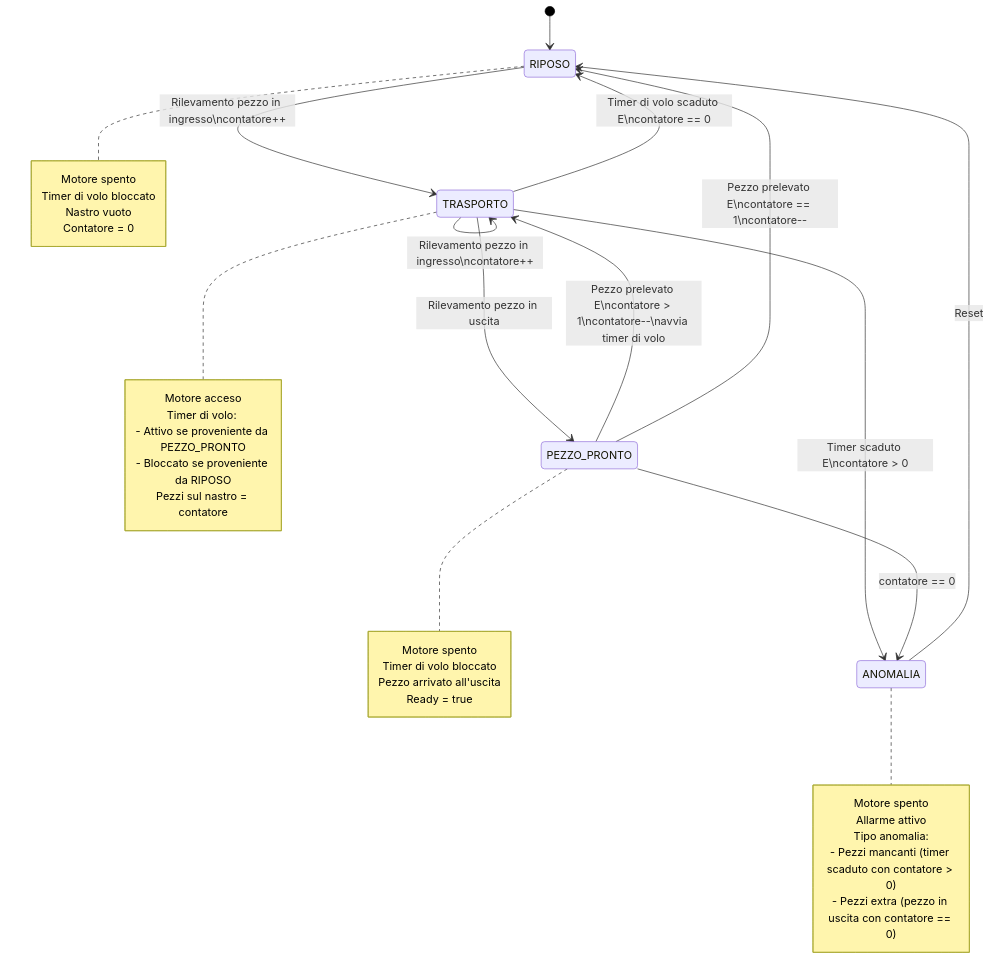
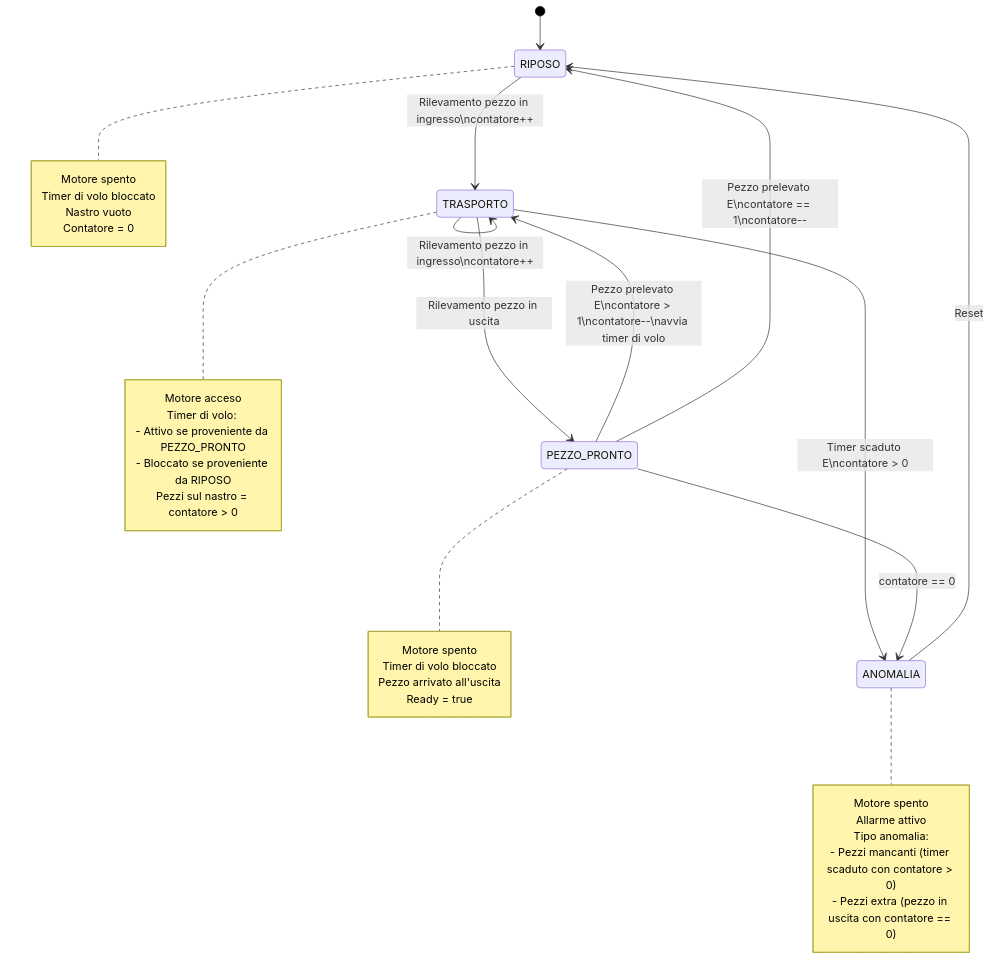
The diagram in nastrocont.md (sebastianomelita/ArduinoBareMetal), drawn with Mermaid before and after one commit.

````diff
--- a/nastrocont.md
+++ b/nastrocont.md
@@ -44,49 +44,47 @@
 ```mermaid
 %%{init: {'theme': 'default', 'themeVariables': { 'primaryColor': '#ffffff', 'primaryTextColor': '#000000', 'primaryBorderColor': '#000000', 'lineColor': '#000000', 'secondaryColor': '#f4f4f4', 'tertiaryColor': '#ffffff' }}}%%
 stateDiagram-v2
     [*] --> RIPOSO
 
     RIPOSO --> TRASPORTO: Rilevamento pezzo in ingresso\ncontatore++
     
     TRASPORTO --> TRASPORTO: Rilevamento pezzo in ingresso\ncontatore++
     TRASPORTO --> PEZZO_PRONTO: Rilevamento pezzo in uscita
     TRASPORTO --> ANOMALIA: Timer scaduto E\ncontatore > 0
     
     PEZZO_PRONTO --> TRASPORTO: Pezzo prelevato E\ncontatore > 1\ncontatore--\navvia timer di volo
     PEZZO_PRONTO --> RIPOSO: Pezzo prelevato E\ncontatore == 1\ncontatore--
     PEZZO_PRONTO --> ANOMALIA: contatore == 0
     
-    TRASPORTO --> RIPOSO: Timer di volo scaduto E\ncontatore == 0
-    
     ANOMALIA --> RIPOSO: Reset
     
     note right of RIPOSO
         Motore spento
         Timer di volo bloccato
         Nastro vuoto
         Contatore = 0
     end note
     
     note right of TRASPORTO
         Motore acceso
         Timer di volo: 
         - Attivo se proveniente da PEZZO_PRONTO
         - Bloccato se proveniente da RIPOSO
-        Pezzi sul nastro = contatore
+        Pezzi sul nastro = contatore > 0
     end note
     
     note right of PEZZO_PRONTO
         Motore spento
         Timer di volo bloccato
         Pezzo arrivato all'uscita
         Ready = true
     end note
     
     note right of ANOMALIA
         Motore spento
         Allarme attivo
         Tipo anomalia:
         - Pezzi mancanti (timer scaduto con contatore > 0)
         - Pezzi extra (pezzo in uscita con contatore == 0)
     end note
 ```
````
